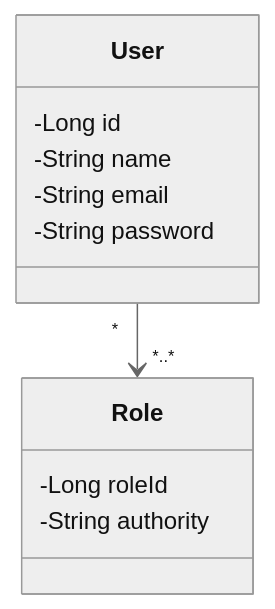
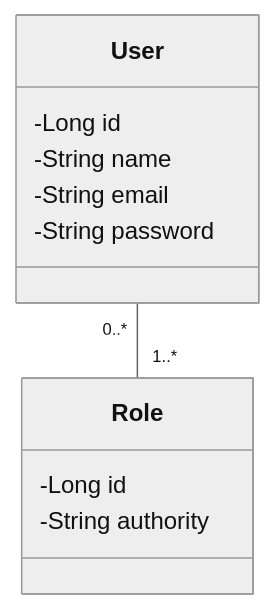
The diagram in README.md (claudiobelempb/dscommerce-oauth2), drawn with Mermaid (neutral theme) before and after one commit. The commit also changed 3 other files, not shown here.

Commit message:
Modelo de domínio User-Role

````diff
--- a/README.md
+++ b/README.md
@@ -5,16 +5,15 @@
 ```mermaid
 classDiagram
     class User {
         -Long id
         -String name
         -String email
         -String password
     }
      class Role {
-        -Long roleId
+        -Long id
         -String authority
     }
 
-    User "*" --> "*..*" Role
-
+    User "0..*" -- "1..*" Role
 ```
````
